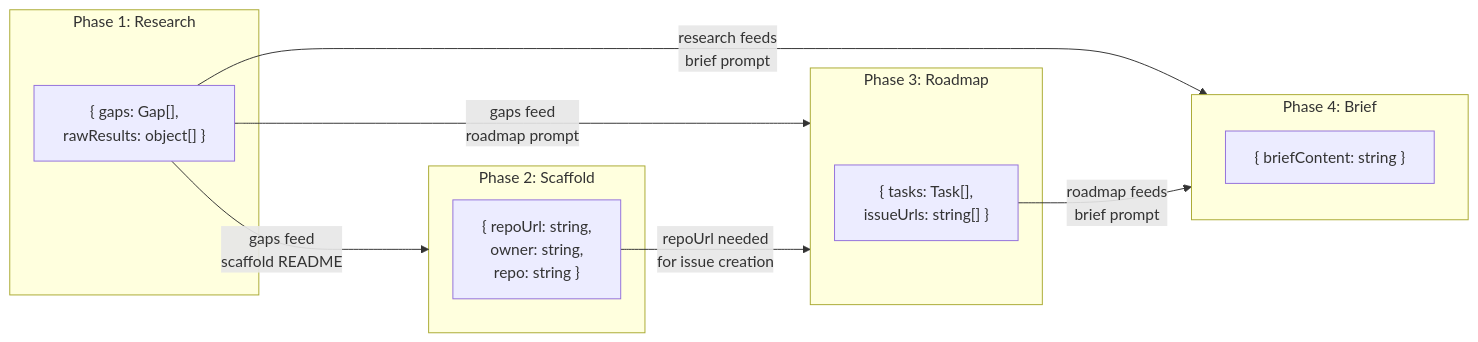
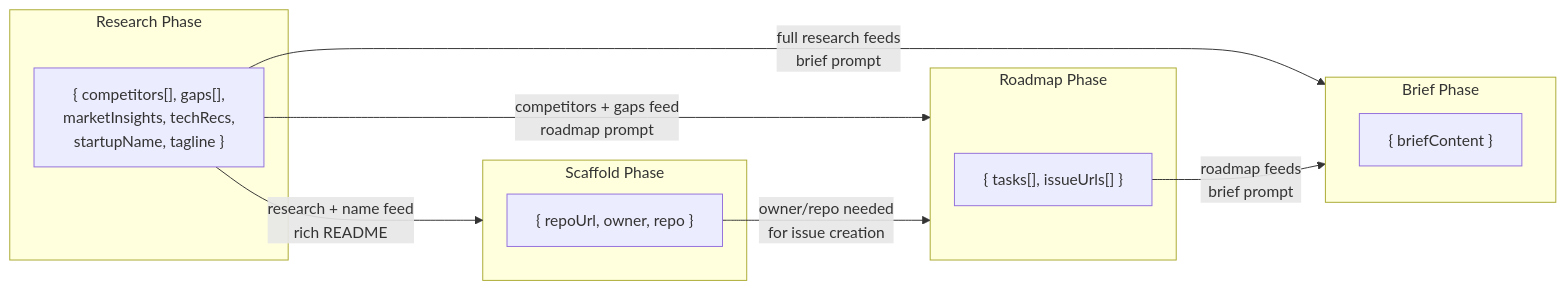
The fifth of 6 diagrams in TechDesign-ZeroToRepo-MVP.md (Abeera81/zerotorepo), drawn with Mermaid before and after one commit. The commit also changed other lines of this file and 3 other files, not shown here.

````diff
--- a/TechDesign-ZeroToRepo-MVP.md
+++ b/TechDesign-ZeroToRepo-MVP.md
@@ -496,24 +595,24 @@
 ```mermaid
 flowchart LR
-    subgraph P1["Phase 1: Research"]
-        P1out["{ gaps: Gap[],<br/>rawResults: object[] }"]
+    subgraph P1["Research Phase"]
+        P1out["{ competitors[], gaps[],<br/>marketInsights, techRecs,<br/>startupName, tagline }"]
     end
 
-    subgraph P2["Phase 2: Scaffold"]
-        P2out["{ repoUrl: string,<br/>owner: string,<br/>repo: string }"]
+    subgraph P2["Scaffold Phase"]
+        P2out["{ repoUrl, owner, repo }"]
     end
 
-    subgraph P3["Phase 3: Roadmap"]
-        P3out["{ tasks: Task[],<br/>issueUrls: string[] }"]
+    subgraph P3["Roadmap Phase"]
+        P3out["{ tasks[], issueUrls[] }"]
     end
 
-    subgraph P4["Phase 4: Brief"]
-        P4out["{ briefContent: string }"]
+    subgraph P4["Brief Phase"]
+        P4out["{ briefContent }"]
     end
 
-    P1out -- "gaps feed<br/>scaffold README" --> P2
-    P1out -- "gaps feed<br/>roadmap prompt" --> P3
-    P1out -- "research feeds<br/>brief prompt" --> P4
-    P2out -- "repoUrl needed<br/>for issue creation" --> P3
+    P1out -- "research + name feed<br/>rich README" --> P2
+    P1out -- "competitors + gaps feed<br/>roadmap prompt" --> P3
+    P1out -- "full research feeds<br/>brief prompt" --> P4
+    P2out -- "owner/repo needed<br/>for issue creation" --> P3
     P3out -- "roadmap feeds<br/>brief prompt" --> P4
 ```
````
